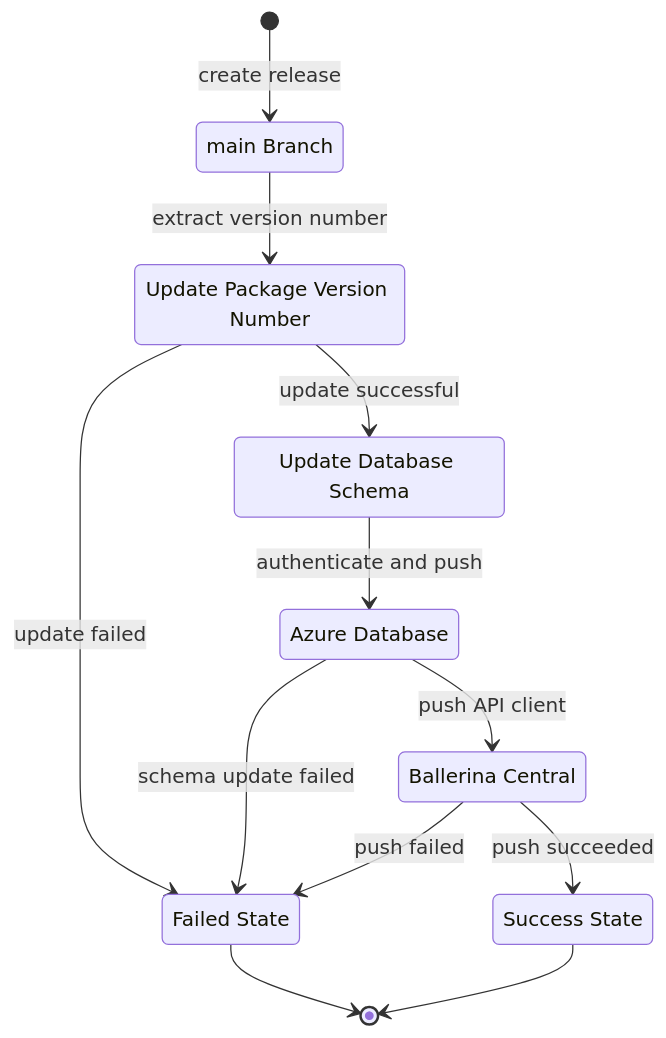
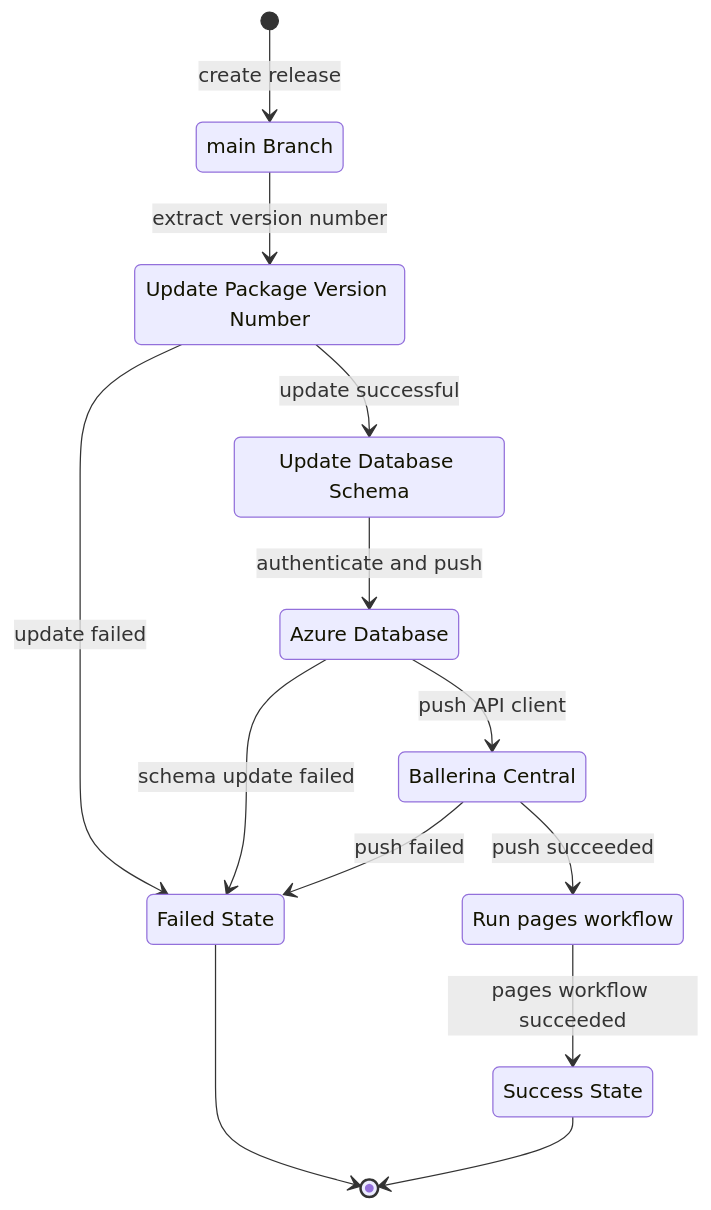
Before and after one commit to avinyafoundation/global-data: the fourth of 4 diagrams in README.md, drawn with Mermaid.

````diff
--- a/README.md
+++ b/README.md
@@ -118,21 +118,23 @@
 ```mermaid
 stateDiagram-v2
     main: main Branch
     version_number: Update Package Version Number
     push_schema: Update Database Schema
     azure_db: Azure Database
     bal_central: Ballerina Central
+    pages: Run pages workflow
     success: Success State
     failed: Failed State
     [*] --> main: create release
     main --> version_number: extract version number
     version_number --> failed: update failed
     version_number --> push_schema: update successful
     push_schema --> azure_db: authenticate and push
     azure_db --> failed: schema update failed
     azure_db --> bal_central: push API client
     bal_central --> failed: push failed
-    bal_central --> success: push succeeded
+    bal_central --> pages: push succeeded
+    pages --> success: pages workflow succeeded
     failed --> [*]
     success --> [*]
 ```
````
